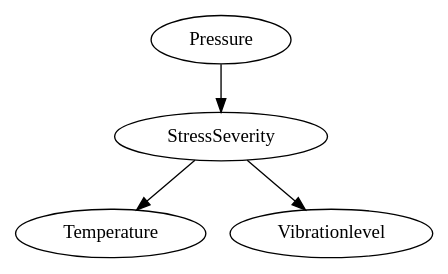
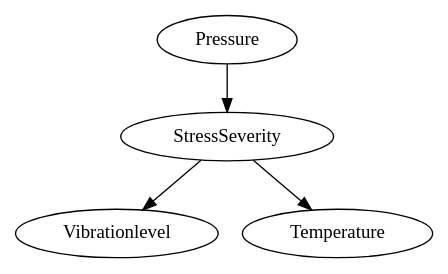
Before and after one commit to wigglypint/thesis: the diagram in recidivism-causal/results/graphs_ReX/rex__stress_sem.dot, drawn with Graphviz. The commit also changed other lines of this file and 1179 other files, not shown here.

```diff
--- a/recidivism-causal/results/graphs_ReX/rex__stress_sem.dot
+++ b/recidivism-causal/results/graphs_ReX/rex__stress_sem.dot
@@ -1,9 +1,9 @@
 strict digraph {
+Vibrationlevel;
+StressSeverity;
 Temperature;
-StressSeverity;
-Vibrationlevel;
 Pressure;
 StressSeverity -> Vibrationlevel;
 StressSeverity -> Temperature;
 Pressure -> StressSeverity;
 }
```
